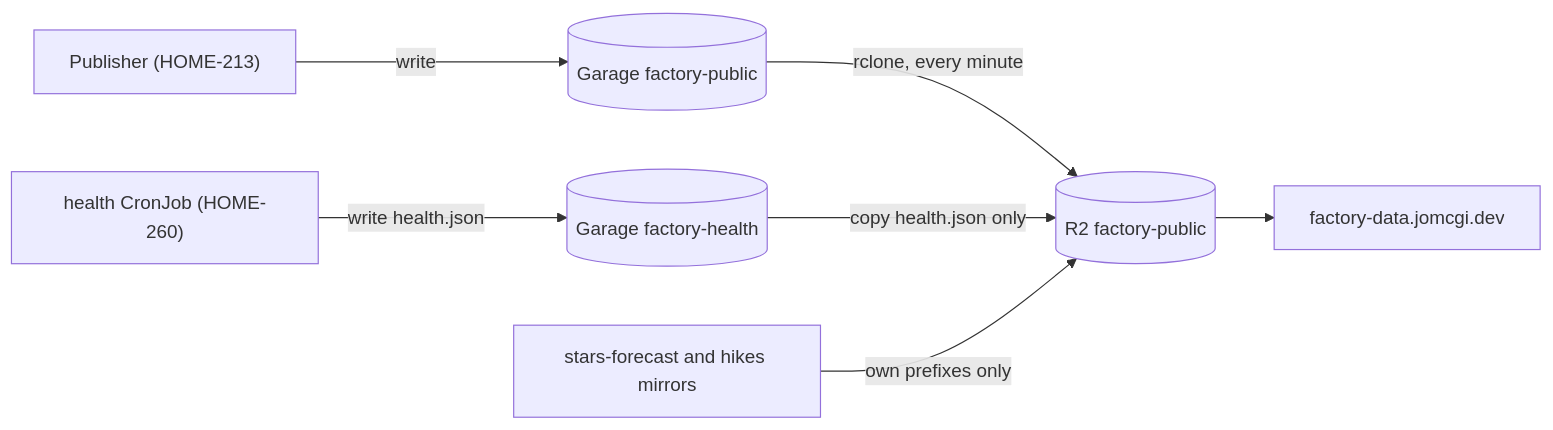
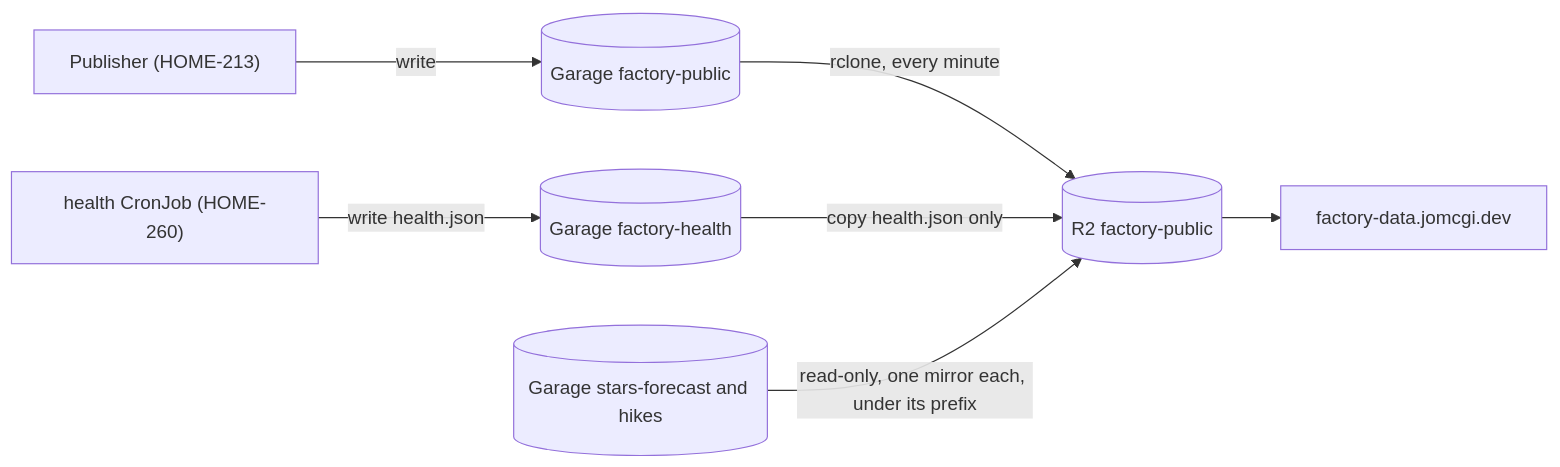
One commit to jomcgi-org/homelab changed the diagram in projects/factory-public/README.md. Above: the diagram before and after it, drawn with Mermaid. The commit also changed other lines of this file and 29 other files, not shown here.

````diff
--- a/projects/factory-public/README.md
+++ b/projects/factory-public/README.md
@@ -11,9 +11,9 @@
 ```mermaid
 flowchart LR
   publisher["Publisher (HOME-213)"] -- write --> garage[("Garage factory-public")]
   health["health CronJob (HOME-260)"] -- "write health.json" --> hgarage[("Garage factory-health")]
   garage -- "rclone, every minute" --> r2[("R2 factory-public")]
   hgarage -- "copy health.json only" --> r2
-  others["stars-forecast and hikes mirrors"] -- "own prefixes only" --> r2
+  sources[("Garage stars-forecast and hikes")] -- "read-only, one mirror each, under its prefix" --> r2
   r2 --> cdn["factory-data.jomcgi.dev"]
 ```
````
